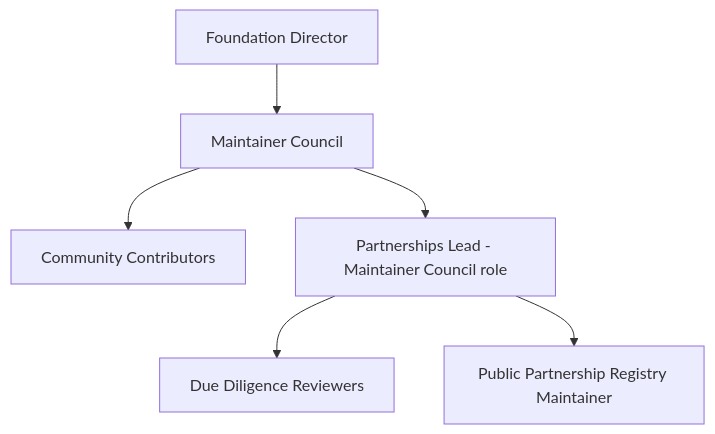
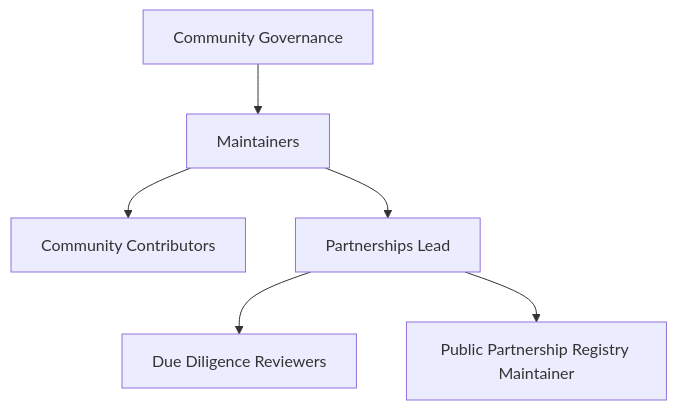
The fourth of 6 diagrams in PARTNERSHIPS.md (Celo-HaiTi/.github), drawn with Mermaid before and after one commit. The commit also changed other lines of this file and 11 other files, not shown here.

````diff
--- a/PARTNERSHIPS.md
+++ b/PARTNERSHIPS.md
@@ -370,8 +370,8 @@
 ```mermaid
 flowchart TD
-    FD[Foundation Director] --> MC[Maintainer Council]
-    MC --> CC[Community Contributors]
-    MC --> PL[Partnerships Lead - Maintainer Council role]
+    G[Community Governance] --> M[Maintainers]
+    M --> CC[Community Contributors]
+    M --> PL[Partnerships Lead]
     PL --> DD[Due Diligence Reviewers]
     PL --> REG[Public Partnership Registry Maintainer]
 ```
````
